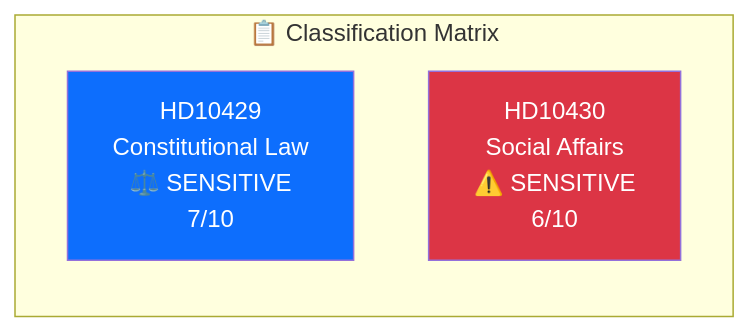
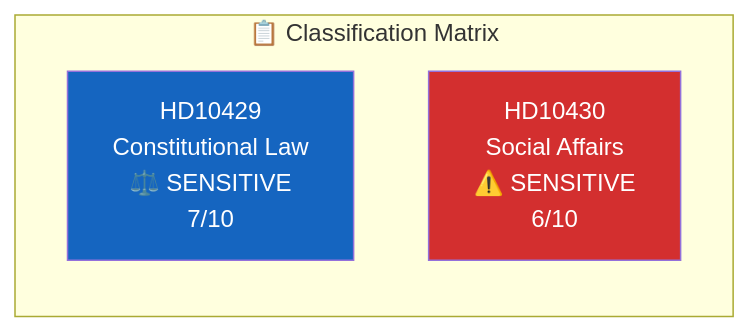
The diagram in analysis/daily/2026-04-08/interpellations/classification-results.md (Hack23/riksdagsmonitor), drawn with Mermaid before and after one commit. The commit also changed 785 other files, not shown here.

First line of the commit message:
Normalize mermaid colors across 786 analysis artifacts to ISMS Style Guide palette

````diff
--- a/analysis/daily/2026-04-08/interpellations/classification-results.md
+++ b/analysis/daily/2026-04-08/interpellations/classification-results.md
@@ -20,9 +20,9 @@
 ```mermaid
 graph LR
     subgraph "📋 Classification Matrix"
         HD10429["HD10429<br/>Constitutional Law<br/>⚖️ SENSITIVE<br/>7/10"] 
         HD10430["HD10430<br/>Social Affairs<br/>⚠️ SENSITIVE<br/>6/10"]
     end
-    style HD10429 fill:#0d6efd,color:#fff
-    style HD10430 fill:#dc3545,color:#fff
+    style HD10429 fill:#1565C0,color:#FFFFFF
+    style HD10430 fill:#D32F2F,color:#FFFFFF
 ```
````
